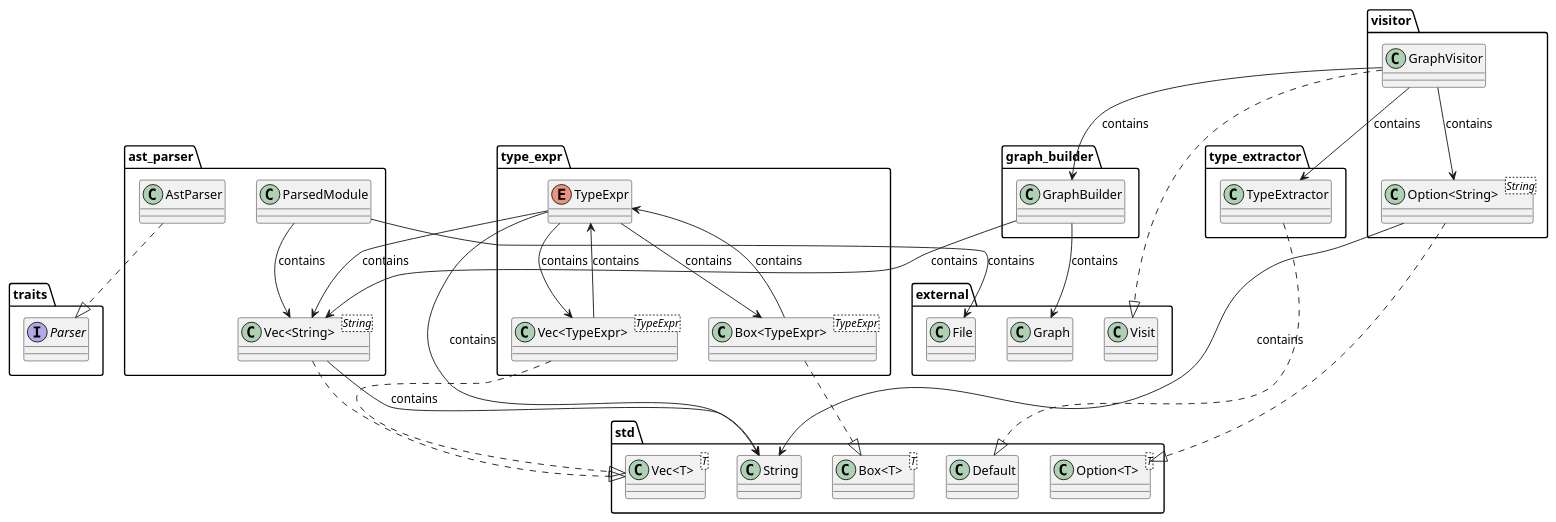
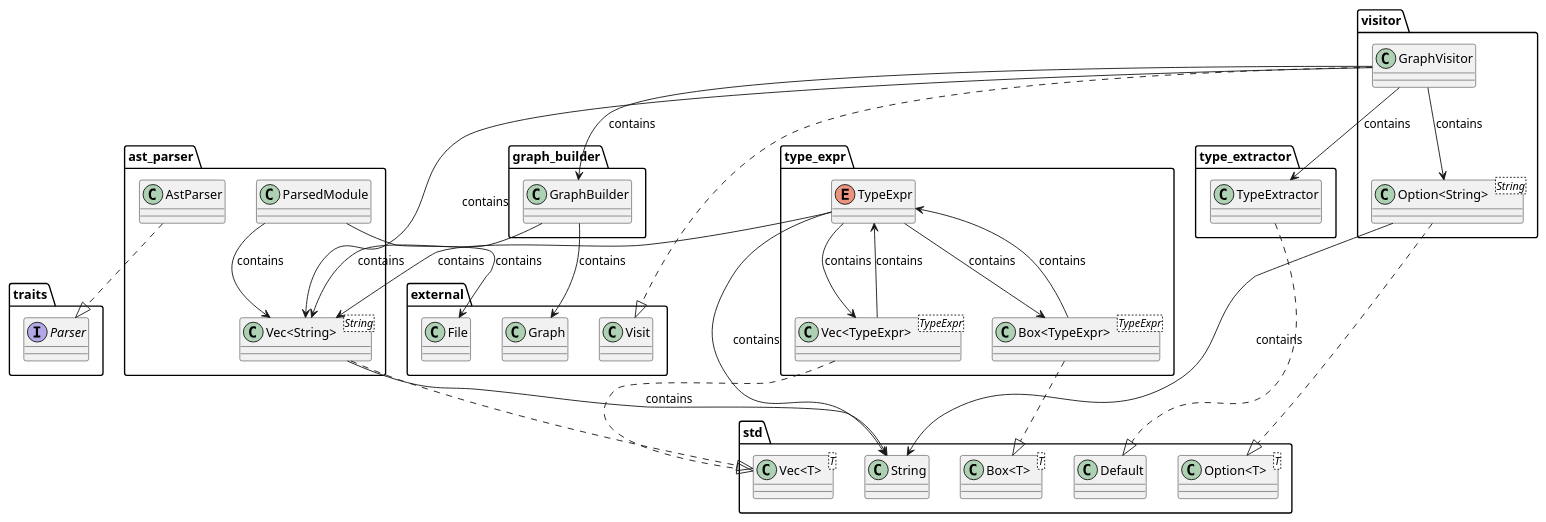
One commit to ch-r-k/archviz changed the diagram in docs/diagrams/parser.puml. Above: the diagram before and after it, drawn with PlantUML. The commit also changed 13 other files, not shown here.

```diff
--- a/docs/diagrams/parser.puml
+++ b/docs/diagrams/parser.puml
@@ -1,70 +1,71 @@
 @startuml
 
 package "ast_parser" {
 class "ParsedModule" as ast_parser__ParsedModule
 class "Vec<String>" <String>
 class "AstParser" as ast_parser__AstParser
 }
 
 package "external" {
 class File
 class Visit
 class Graph
 }
 
 package "graph_builder" {
 class "GraphBuilder" as graph_builder__GraphBuilder
 }
 
 package "std" {
 class "Vec<T>" <T>
 class "Option<T>" <T>
 class "Box<T>" <T>
 class String
 class Default
 }
 
 package "traits" {
 interface "Parser" as traits__Parser
 }
 
 package "type_expr" {
 enum "TypeExpr" as type_expr__TypeExpr
 class "Vec<TypeExpr>" <TypeExpr>
 class "Box<TypeExpr>" <TypeExpr>
 }
 
 package "type_extractor" {
 class "TypeExtractor" as type_extractor__TypeExtractor
 }
 
 package "visitor" {
 class "GraphVisitor" as visitor__GraphVisitor
 class "Option<String>" <String>
 }
 
 
 ast_parser__ParsedModule --> "Vec<String>" : contains
 "Vec<String>" ..|> "Vec<T>"
 "Vec<String>" --> String : contains
 ast_parser__ParsedModule --> File : contains
 ast_parser__AstParser ..|> traits__Parser
 type_extractor__TypeExtractor ..|> Default
 visitor__GraphVisitor --> graph_builder__GraphBuilder : contains
 visitor__GraphVisitor --> type_extractor__TypeExtractor : contains
 visitor__GraphVisitor --> "Option<String>" : contains
 "Option<String>" ..|> "Option<T>"
 "Option<String>" --> String : contains
+visitor__GraphVisitor --> "Vec<String>" : contains
 visitor__GraphVisitor ..|> Visit
 graph_builder__GraphBuilder --> Graph : contains
 graph_builder__GraphBuilder --> "Vec<String>" : contains
 type_expr__TypeExpr --> String : contains
 type_expr__TypeExpr --> "Vec<TypeExpr>" : contains
 "Vec<TypeExpr>" ..|> "Vec<T>"
 "Vec<TypeExpr>" --> type_expr__TypeExpr : contains
 type_expr__TypeExpr --> "Box<TypeExpr>" : contains
 "Box<TypeExpr>" ..|> "Box<T>"
 "Box<TypeExpr>" --> type_expr__TypeExpr : contains
 type_expr__TypeExpr --> "Vec<String>" : contains
 
 @enduml
```
